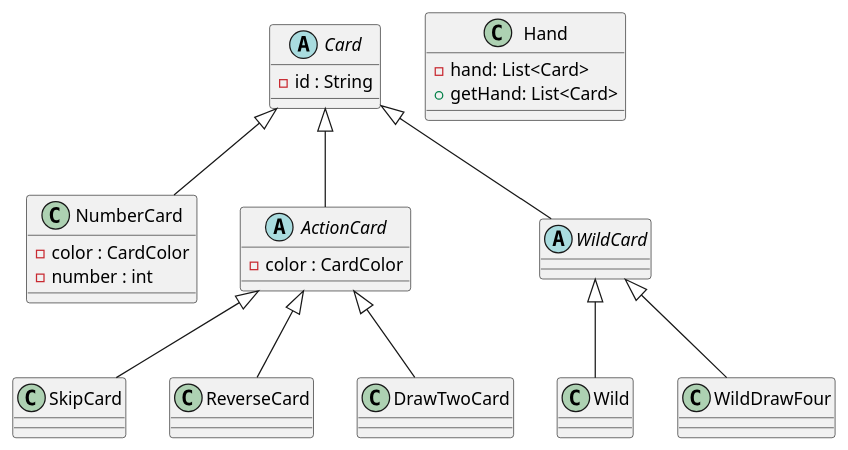
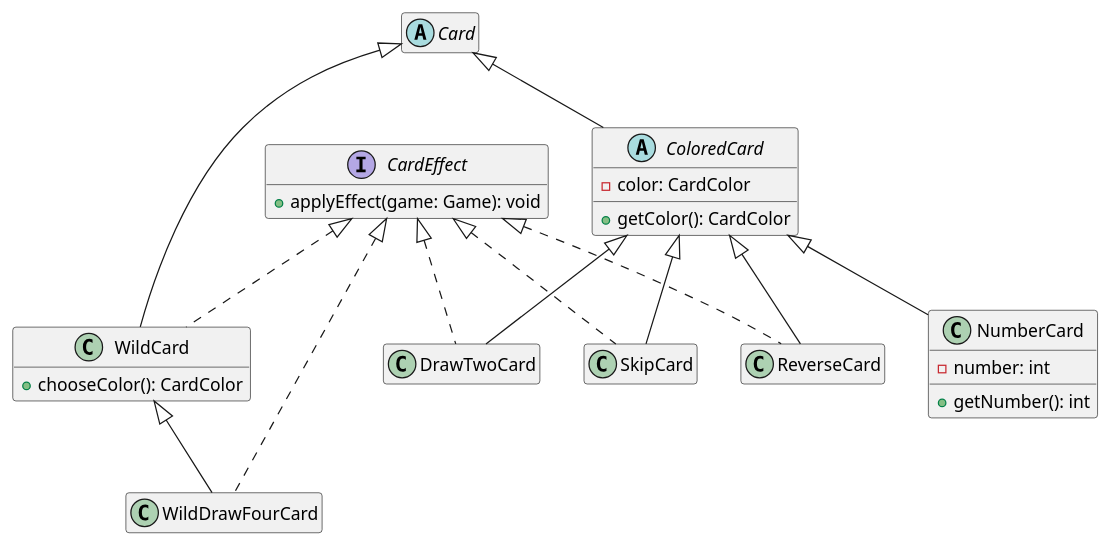
Before and after one commit to CL0628/team-project: the diagram in diagrams/card.puml, drawn with PlantUML. The commit also changed 16 other files, not shown here.

```diff
--- a/diagrams/card.puml
+++ b/diagrams/card.puml
@@ -1,42 +1,54 @@
 @startuml
 
-abstract class Card {
-    - id : String
+hide empty members
+
+' Main card class
+abstract class Card
+
+' Card categories
+abstract class ColoredCard {
+    - color: CardColor
+    + getColor(): CardColor
 }
 
-class NumberCard {
-    - color : CardColor
-    - number : int
+class WildCard {
+    + chooseColor(): CardColor
 }
 
-abstract class ActionCard {
-    - color : CardColor
+' Independent capability
+interface CardEffect {
+    + applyEffect(game: Game): void
+}
 
+' Concrete colored cards
+class NumberCard {
+    - number: int
+    + getNumber(): int
 }
 
 class SkipCard
 class ReverseCard
 class DrawTwoCard
 
-abstract class WildCard
-class Wild
-class WildDrawFour
+' Concrete wild cards
+class WildDrawFourCard
 
-class Hand {
-    - hand: List<Card>
-    + getHand: List<Card>
-}
-
-
-Card <|-- NumberCard
-Card <|-- ActionCard
+' Inheritance / implementation
+Card <|-- ColoredCard
 Card <|-- WildCard
 
-ActionCard <|-- SkipCard
-ActionCard <|-- ReverseCard
-ActionCard <|-- DrawTwoCard
+ColoredCard <|-- NumberCard
+ColoredCard <|-- SkipCard
+ColoredCard <|-- ReverseCard
+ColoredCard <|-- DrawTwoCard
 
-WildCard <|-- Wild
-WildCard <|-- WildDrawFour
+WildCard <|-- WildDrawFourCard
+
+' Card effects
+CardEffect <|.. WildCard
+CardEffect <|.. SkipCard
+CardEffect <|.. ReverseCard
+CardEffect <|.. DrawTwoCard
+CardEffect <|.. WildDrawFourCard
 
 @enduml
```
